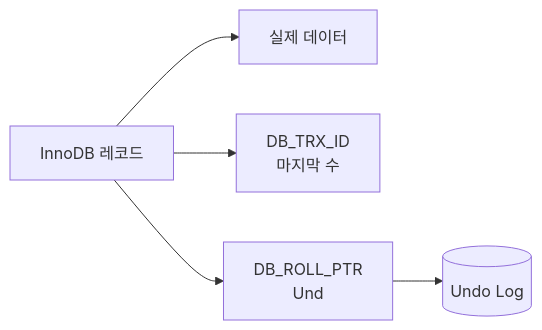
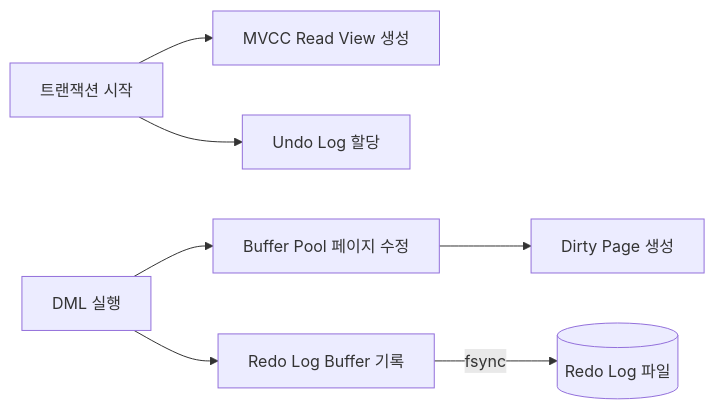
The tenth of 11 diagrams in _posts/db/2026-05-01-db-internals.md (yjkim2015/yjkim2015.github.io), drawn with Mermaid before and after one commit. The commit also changed other lines of this file and 4 other files, not shown here.

````diff
--- a/_posts/db/2026-05-01-db-internals.md
+++ b/_posts/db/2026-05-01-db-internals.md
@@ -326,7 +1443,9 @@
 ```mermaid
 graph LR
-    REC["InnoDB 레코드"] --> DATA[실제 데이터]
-    REC --> TRX["DB_TRX_ID<br>마지막 수"]
-    REC --> PTR["DB_ROLL_PTR<br>Und"]
-    PTR --> UNDO[(Undo Log)]
+    TRX["트랜잭션 시작"] --> MVCC["MVCC Read View 생성"]
+    TRX --> UNDO["Undo Log 할당"]
+    DML["DML 실행"] --> BP["Buffer Pool 페이지 수정"]
+    DML --> RLOG["Redo Log Buffer 기록"]
+    BP --> DIRTY["Dirty Page 생성"]
+    RLOG -->|fsync| DISK_L[(Redo Log 파일)]
 ```
````
